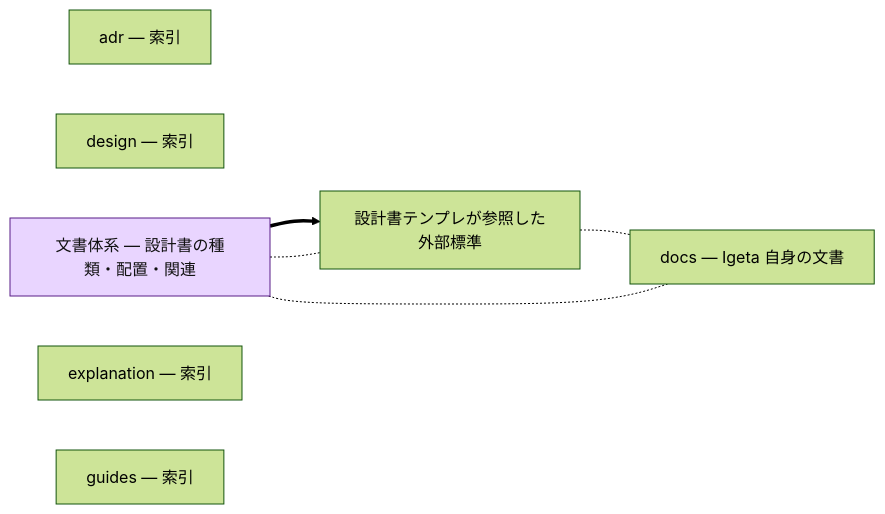
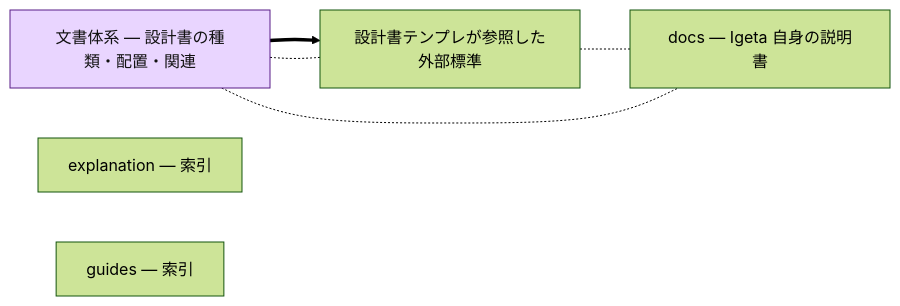
The diagram in docs/dependencies.md (SakakitaniJunya/Igeta), drawn with Mermaid (forest theme) before and after one commit. The commit also changed other lines of this file and 7 other files, not shown here.

First line of the commit message:
docs: templates/docs (雛形) と docs (Igeta 自身の説明書) の違いを明示し、空の索引フォルダを削除

````diff
--- a/docs/dependencies.md
+++ b/docs/dependencies.md
@@ -12,30 +12,26 @@
 ```mermaid
 graph LR
   classDef standard fill:#fde68a,stroke:#92400e,color:#111
   classDef architecture fill:#bfdbfe,stroke:#1e3a8a,color:#111
   classDef strategy fill:#fbcfe8,stroke:#9d174d,color:#111
   classDef prd fill:#bbf7d0,stroke:#065f46,color:#111
   classDef business fill:#a7f3d0,stroke:#064e3b,color:#111
   classDef adr fill:#c7d2fe,stroke:#3730a3,color:#111
   classDef runbook fill:#fecaca,stroke:#7f1d1d,color:#111
   classDef guide fill:#e9d5ff,stroke:#581c87,color:#111
   classDef design fill:#ddd6fe,stroke:#6d28d9,color:#111
-  adr-index["adr — 索引"]
-  class adr-index index
   design-doc-standards["設計書テンプレが参照した外部標準"]
   class design-doc-standards explanation
-  design-index["design — 索引"]
-  class design-index index
-  docs-index["docs — Igeta 自身の文書"]
+  docs-index["docs — Igeta 自身の説明書"]
   class docs-index index
   document-taxonomy["文書体系 — 設計書の種類・配置・関連"]
   class document-taxonomy guide
   explanation-index["explanation — 索引"]
   class explanation-index index
   guides-index["guides — 索引"]
   class guides-index index
   document-taxonomy ==> design-doc-standards
   design-doc-standards -.- docs-index
   document-taxonomy -.- design-doc-standards
   document-taxonomy -.- docs-index
 ```
````
